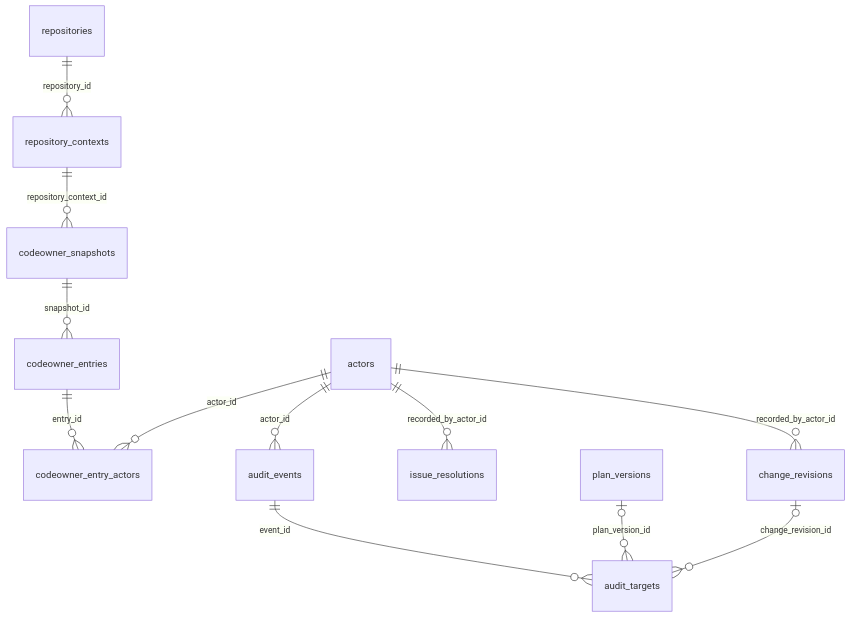
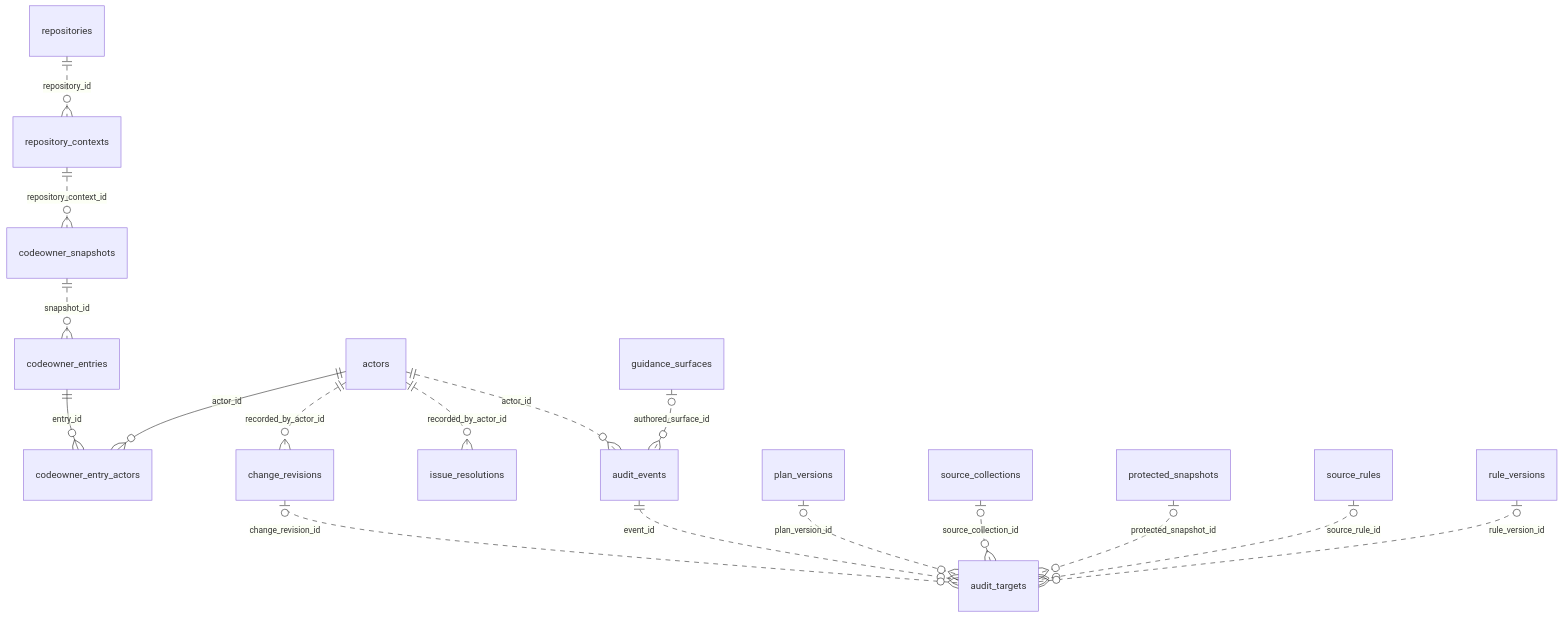
The seventh of 9 diagrams in hosted_copilot/docs/WORKBENCH_SQLITE_V1_DESIGN.md (WodansSon/terraform-azurerm-ai-assisted-development), drawn with Mermaid before and after one commit. The commit also changed other lines of this file and 85 other files, not shown here.

````diff
--- a/hosted_copilot/docs/WORKBENCH_SQLITE_V1_DESIGN.md
+++ b/hosted_copilot/docs/WORKBENCH_SQLITE_V1_DESIGN.md
@@ -1124,14 +2068,19 @@
 ```mermaid
 erDiagram
-    repositories ||--o{ repository_contexts : repository_id
-    repository_contexts ||--o{ codeowner_snapshots : repository_context_id
-    codeowner_snapshots ||--o{ codeowner_entries : snapshot_id
-    codeowner_entries ||--o{ codeowner_entry_actors : entry_id
-    actors ||--o{ codeowner_entry_actors : actor_id
-    actors ||--o{ change_revisions : recorded_by_actor_id
-    actors ||--o{ issue_resolutions : recorded_by_actor_id
-    actors ||--o{ audit_events : actor_id
-    audit_events ||--o{ audit_targets : event_id
-    plan_versions o|--o{ audit_targets : plan_version_id
-    change_revisions o|--o{ audit_targets : change_revision_id
+  repositories ||..o{ repository_contexts : repository_id
+  repository_contexts ||..o{ codeowner_snapshots : repository_context_id
+  codeowner_snapshots ||..o{ codeowner_entries : snapshot_id
+  codeowner_entries ||--o{ codeowner_entry_actors : entry_id
+  actors ||--o{ codeowner_entry_actors : actor_id
+  actors ||..o{ change_revisions : recorded_by_actor_id
+  actors ||..o{ issue_resolutions : recorded_by_actor_id
+  actors ||..o{ audit_events : actor_id
+  guidance_surfaces o|..o{ audit_events : authored_surface_id
+  audit_events ||..o{ audit_targets : event_id
+  plan_versions o|..o{ audit_targets : plan_version_id
+  change_revisions o|..o{ audit_targets : change_revision_id
+  source_collections o|..o{ audit_targets : source_collection_id
+  protected_snapshots o|..o{ audit_targets : protected_snapshot_id
+  source_rules o|..o{ audit_targets : source_rule_id
+  rule_versions o|..o{ audit_targets : rule_version_id
 ```
````
